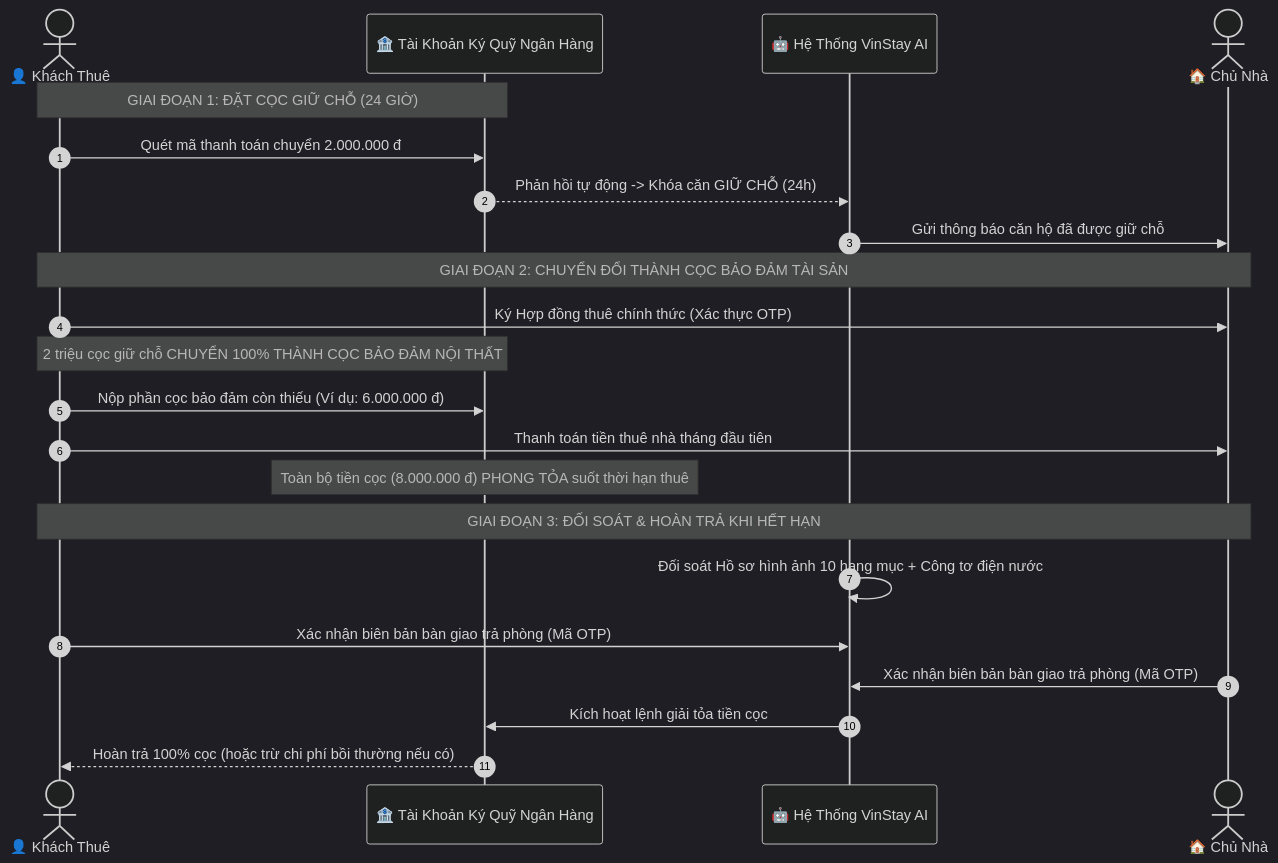
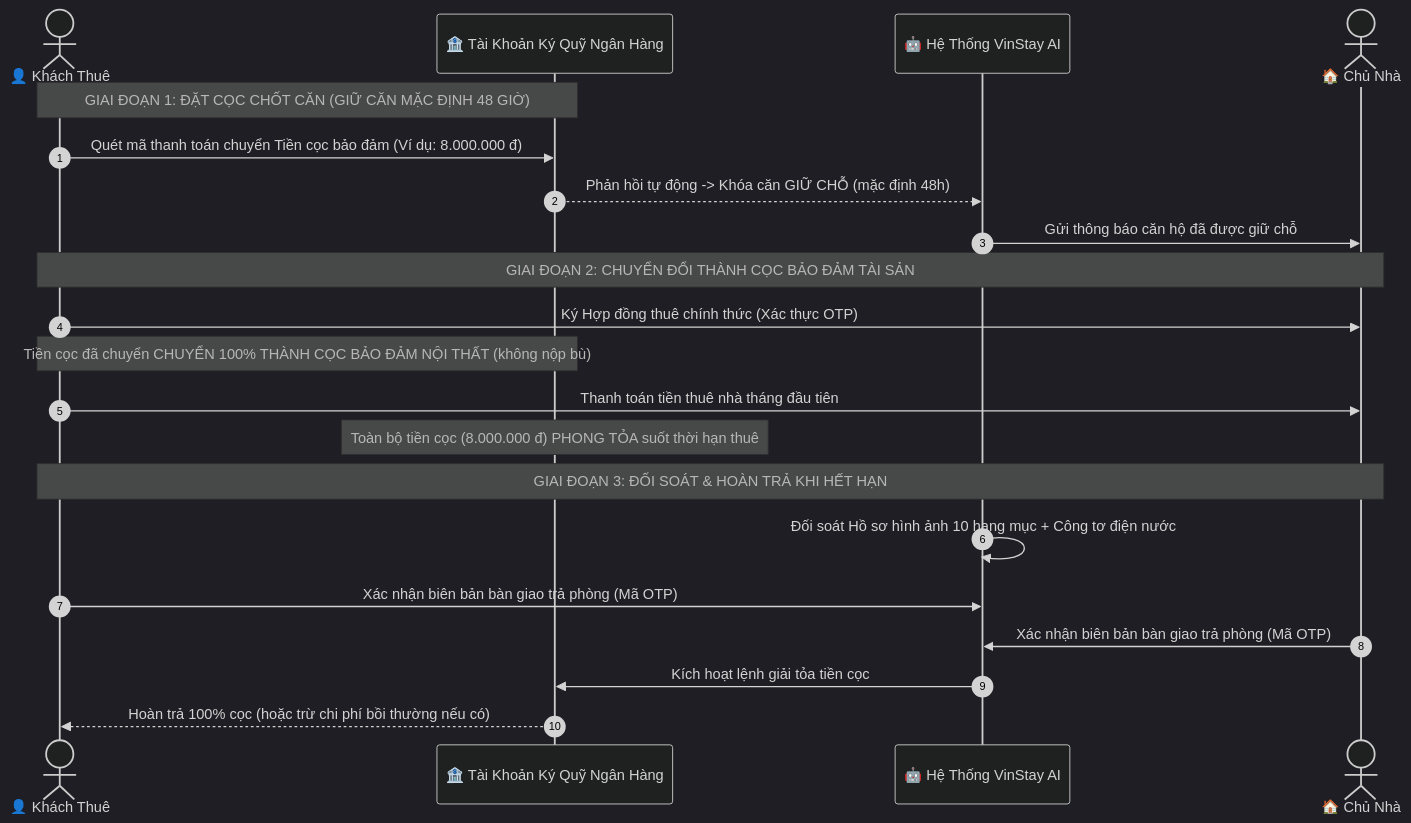
One commit to cvduynk-beep/duynk-demop2-t010 changed the diagram in legal/07_ESCROW_AND_DEPOSIT_CUSTODY_POLICY.md. Above: the diagram before and after it, drawn with Mermaid (dark theme). The commit also changed other lines of this file and 40 other files, not shown here.

First line of the commit message:
docs(deposit): deposit v2, fast close and smart move-in across charter and legal

````diff
--- a/legal/07_ESCROW_AND_DEPOSIT_CUSTODY_POLICY.md
+++ b/legal/07_ESCROW_AND_DEPOSIT_CUSTODY_POLICY.md
@@ -40,30 +40,29 @@
 ```mermaid
 sequenceDiagram
     autonumber
     actor Tenant as 👤 Khách Thuê
     participant Escrow as 🏦 Tài Khoản Ký Quỹ Ngân Hàng
     participant Platform as 🤖 Hệ Thống VinStay AI
     actor Landlord as 🏠 Chủ Nhà
 
-    %% GIAI ĐOẠN CỌC GIỮ CHỖ
-    Note over Tenant, Escrow: GIAI ĐOẠN 1: ĐẶT CỌC GIỮ CHỖ (24 GIỜ)
-    Tenant->>Escrow: Quét mã thanh toán chuyển 2.000.000 đ
-    Escrow-->>Platform: Phản hồi tự động -> Khóa căn GIỮ CHỖ (24h)
+    %% GIAI ĐOẠN CỌC CHỐT CĂN
+    Note over Tenant, Escrow: GIAI ĐOẠN 1: ĐẶT CỌC CHỐT CĂN (GIỮ CĂN MẶC ĐỊNH 48 GIỜ)
+    Tenant->>Escrow: Quét mã thanh toán chuyển Tiền cọc bảo đảm (Ví dụ: 8.000.000 đ)
+    Escrow-->>Platform: Phản hồi tự động -> Khóa căn GIỮ CHỖ (mặc định 48h)
     Platform->>Landlord: Gửi thông báo căn hộ đã được giữ chỗ
 
     %% GIAI ĐOẠN KÝ HỢP ĐỒNG
     Note over Tenant, Landlord: GIAI ĐOẠN 2: CHUYỂN ĐỔI THÀNH CỌC BẢO ĐẢM TÀI SẢN
     Tenant->>Landlord: Ký Hợp đồng thuê chính thức (Xác thực OTP)
-    Note over Tenant, Escrow: 2 triệu cọc giữ chỗ CHUYỂN 100% THÀNH CỌC BẢO ĐẢM NỘI THẤT
-    Tenant->>Escrow: Nộp phần cọc bảo đảm còn thiếu (Ví dụ: 6.000.000 đ)
+    Note over Tenant, Escrow: Tiền cọc đã chuyển CHUYỂN 100% THÀNH CỌC BẢO ĐẢM NỘI THẤT (không nộp bù)
     Tenant->>Landlord: Thanh toán tiền thuê nhà tháng đầu tiên
     Note over Escrow: Toàn bộ tiền cọc (8.000.000 đ) PHONG TỎA suốt thời hạn thuê
 
     %% GIAI ĐOẠN THANH LÝ
     Note over Tenant, Landlord: GIAI ĐOẠN 3: ĐỐI SOÁT & HOÀN TRẢ KHI HẾT HẠN
     Platform->>Platform: Đối soát Hồ sơ hình ảnh 10 hạng mục + Công tơ điện nước
     Tenant->>Platform: Xác nhận biên bản bàn giao trả phòng (Mã OTP)
     Landlord->>Platform: Xác nhận biên bản bàn giao trả phòng (Mã OTP)
     Platform->>Escrow: Kích hoạt lệnh giải tỏa tiền cọc
     Escrow-->>Tenant: Hoàn trả 100% cọc (hoặc trừ chi phí bồi thường nếu có)
 ```
````
